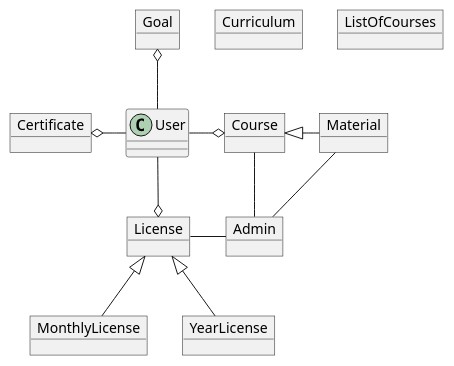
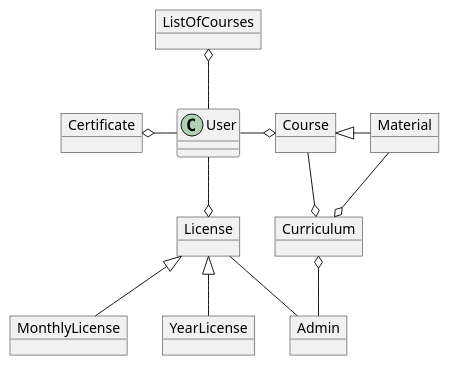
One commit to Rene061089/PlatumlDomeaneModdelering changed the diagram in src/DomæneModellering.puml. Above: the diagram before and after it, drawn with PlantUML.

Commit message:
added Curriculum som bindeled mellem admin og Course og Material

```diff
--- a/src/DomæneModellering.puml
+++ b/src/DomæneModellering.puml
@@ -1,32 +1,33 @@
 @startuml
 class User{
 }
 
-object Goal
+
 object Admin
 object MonthlyLicense
 object YearLicense
 object Course
 object Certificate
 object Material
 object License
 object Curriculum
 object ListOfCourses
 
 
-Goal o-down-User
+ListOfCourses o-down-User
 User -down-o License
 User -left-o Certificate
 Course o-left- User
 
 
 License <|-down- MonthlyLicense
 License <|-down-  YearLicense
 
 Course <|-right- Material
 
 License -right- Admin
-Course -down- Admin
-Material -down- Admin
+Curriculum o-down- Admin
+Material -down-o Curriculum
+Course -down-o Curriculum
 
 @enduml
```
